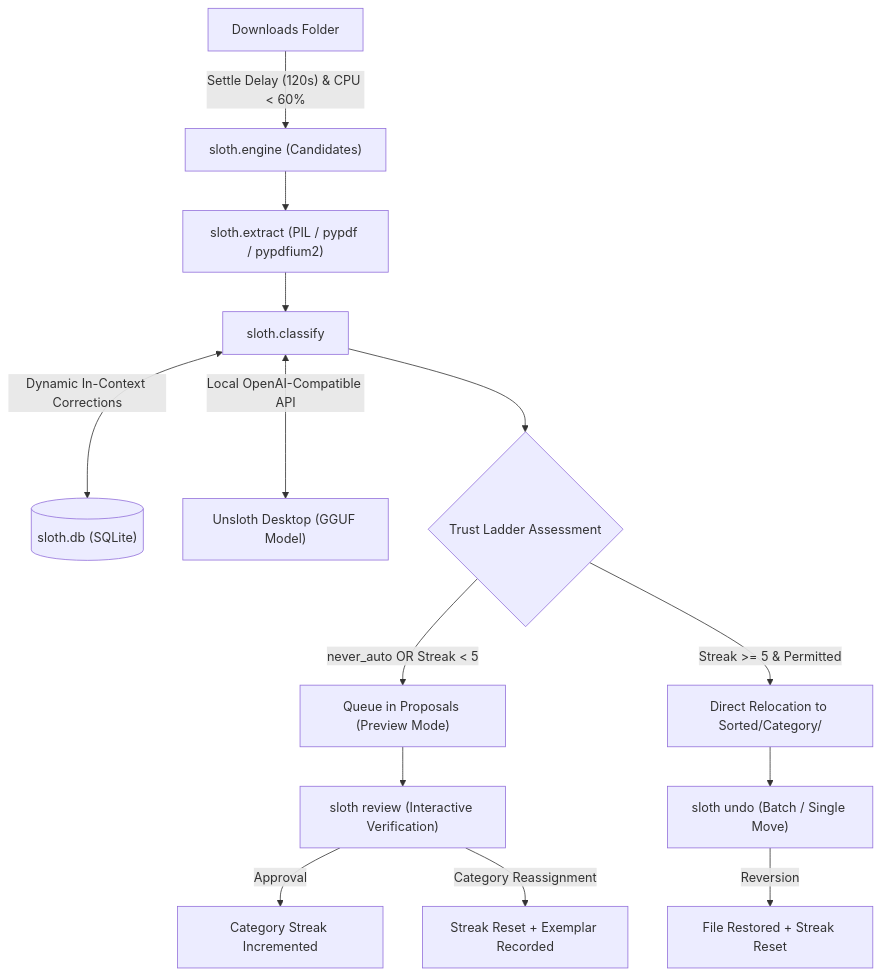
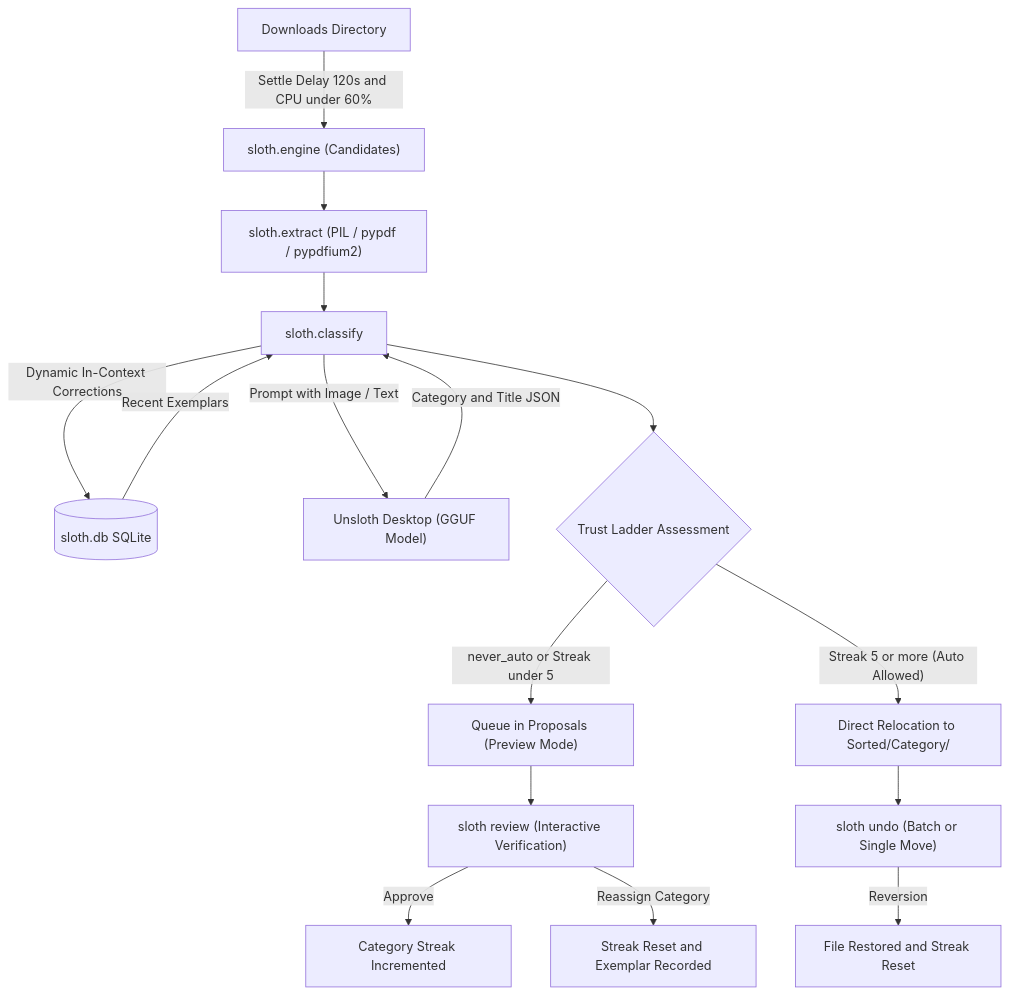
Before and after one commit to i-soumya18/clutter-sloth: the diagram in README.md, drawn with Mermaid.

Commit message:
fix(docs): resolve syntax issues in README mermaid flowchart

````diff
--- a/README.md
+++ b/README.md
@@ -5,16 +5,18 @@
 ```mermaid
 flowchart TD
-    A["Downloads Folder"] -->|"Settle Delay (120s) & CPU < 60%"| B["sloth.engine (Candidates)"]
+    A["Downloads Directory"] -->|"Settle Delay 120s and CPU under 60%"| B["sloth.engine (Candidates)"]
     B --> C["sloth.extract (PIL / pypdf / pypdfium2)"]
     C --> D["sloth.classify"]
-    D <-->|"Dynamic In-Context Corrections"| E[("sloth.db (SQLite)")]
-    D <-->|"Local OpenAI-Compatible API"| F["Unsloth Desktop (GGUF Model)"]
+    D -->|"Dynamic In-Context Corrections"| E[("sloth.db SQLite")]
+    E -->|"Recent Exemplars"| D
+    D -->|"Prompt with Image / Text"| F["Unsloth Desktop (GGUF Model)"]
+    F -->|"Category and Title JSON"| D
     D --> G{"Trust Ladder Assessment"}
-    G -->|"never_auto OR Streak < 5"| H["Queue in Proposals (Preview Mode)"]
-    G -->|"Streak >= 5 & Permitted"| I["Direct Relocation to Sorted/Category/"]
+    G -->|"never_auto or Streak under 5"| H["Queue in Proposals (Preview Mode)"]
+    G -->|"Streak 5 or more (Auto Allowed)"| I["Direct Relocation to Sorted/Category/"]
     H --> J["sloth review (Interactive Verification)"]
-    J -->|"Approval"| K["Category Streak Incremented"]
-    J -->|"Category Reassignment"| L["Streak Reset + Exemplar Recorded"]
-    I --> M["sloth undo (Batch / Single Move)"]
-    M -->|"Reversion"| N["File Restored + Streak Reset"]
+    J -->|"Approve"| K["Category Streak Incremented"]
+    J -->|"Reassign Category"| L["Streak Reset and Exemplar Recorded"]
+    I --> M["sloth undo (Batch or Single Move)"]
+    M -->|"Reversion"| N["File Restored and Streak Reset"]
 ```
````
